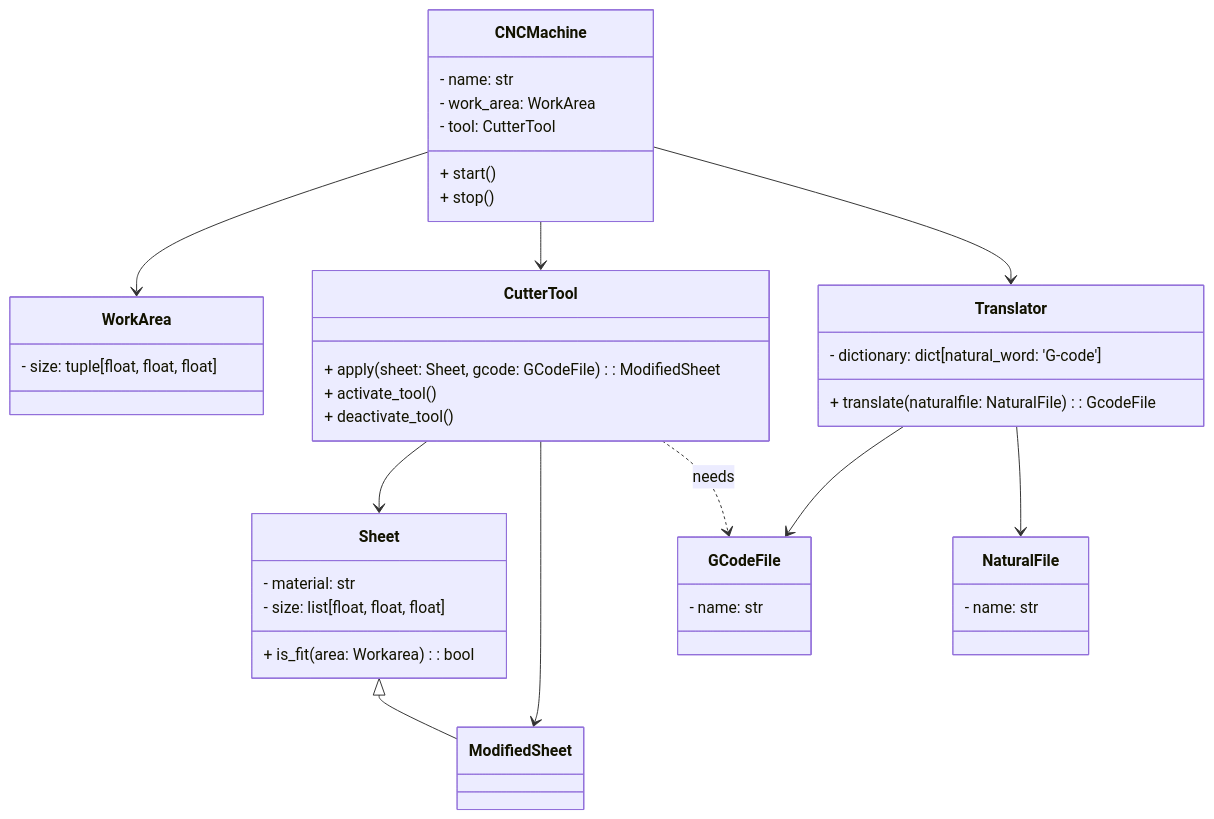
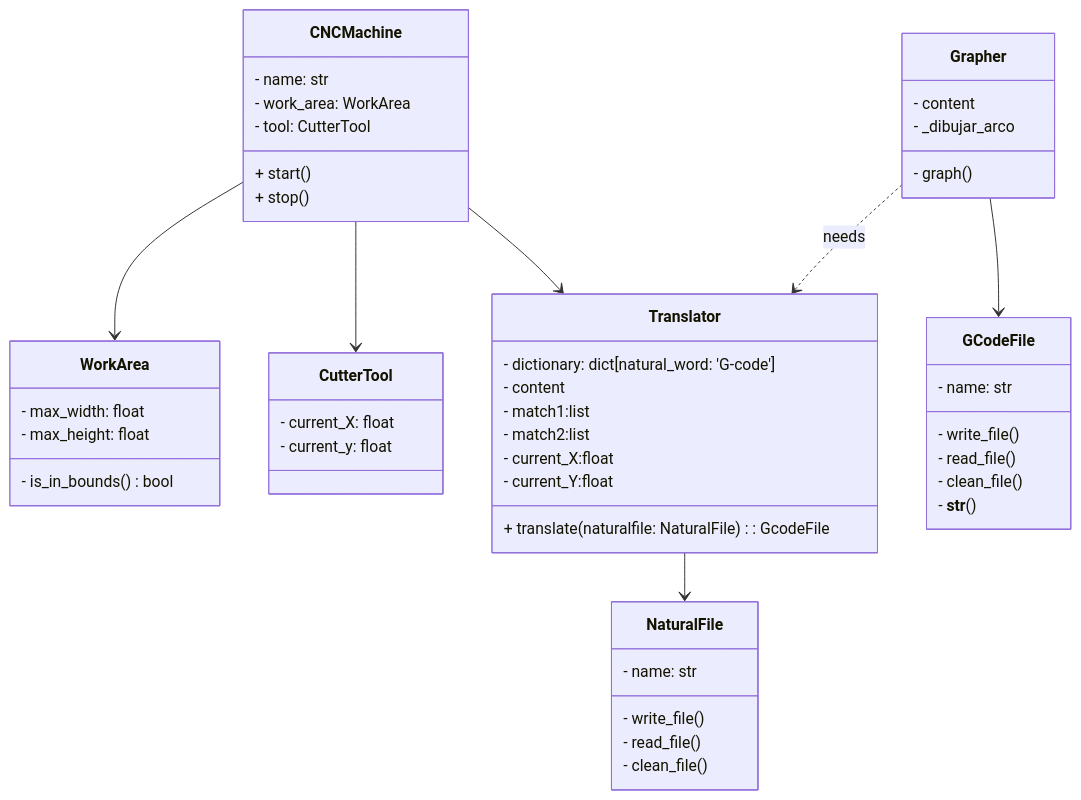
Before and after one commit to 11ZaidaG11/Proyecto-POO: the diagram in README.md, drawn with Mermaid.

````diff
--- a/README.md
+++ b/README.md
@@ -71,46 +71,56 @@
 ```mermaid
 classDiagram
 direction TB
-    class WorkArea {
-	    - size: tuple[float, float, float]
-    }
-    class Sheet {
-	    - material: str
-	    - size: list[float, float, float]
-	    + is_fit(area: Workarea) : bool
-    }
-    class NaturalFile {
-	    - name: str
-    }
-    class Translator {
-	    - dictionary: dict[natural_word: 'G-code']
-	    + translate(naturalfile: NaturalFile) : GcodeFile
-    }
-    class GCodeFile {
-	    - name: str
-    }
-    class ModifiedSheet {
-    }
     class CNCMachine {
 	    - name: str
 	    - work_area: WorkArea
 	    - tool: CutterTool
 	    + start()
 	    + stop()
     }
-    class CutterTool {
-	    + apply(sheet: Sheet, gcode: GCodeFile) : ModifiedSheet
-	    + activate_tool()
-	    + deactivate_tool()
+    class WorkArea {
+	    - max_width: float
+      - max_height: float
+      - is_in_bounds()bool
+    }
+    class NaturalFile {
+	    - name: str
+      - write_file()
+      - read_file()
+      - clean_file()
+    }
+    class Translator {
+	    - dictionary: dict[natural_word: 'G-code']
+      - content
+      - match1:list
+      - match2:list
+      - current_X:float
+      - current_Y:float
+	    + translate(naturalfile: NaturalFile) : GcodeFile
     }
 
-    Sheet <|-- ModifiedSheet
+    class Grapher {
+	    - content
+      - graph()
+      - _dibujar_arco
+    }
+    class GCodeFile {
+	    - name: str
+      - write_file()
+      - read_file()
+      - clean_file()
+      - __str__()
+    }
+    class CutterTool {
+	    - current_X: float
+      - current_y: float
+    }
+
     CNCMachine --> WorkArea
     CNCMachine --> CutterTool
-    Translator --> GCodeFile
+    CNCMachine --> Translator
     Translator --> NaturalFile
-    CNCMachine --> Translator
-    CutterTool --> Sheet
-    CutterTool --> ModifiedSheet
-    CutterTool ..> GCodeFile : needs
+    Grapher ..> Translator : needs
+    Grapher --> GCodeFile
+    
 ```
````
